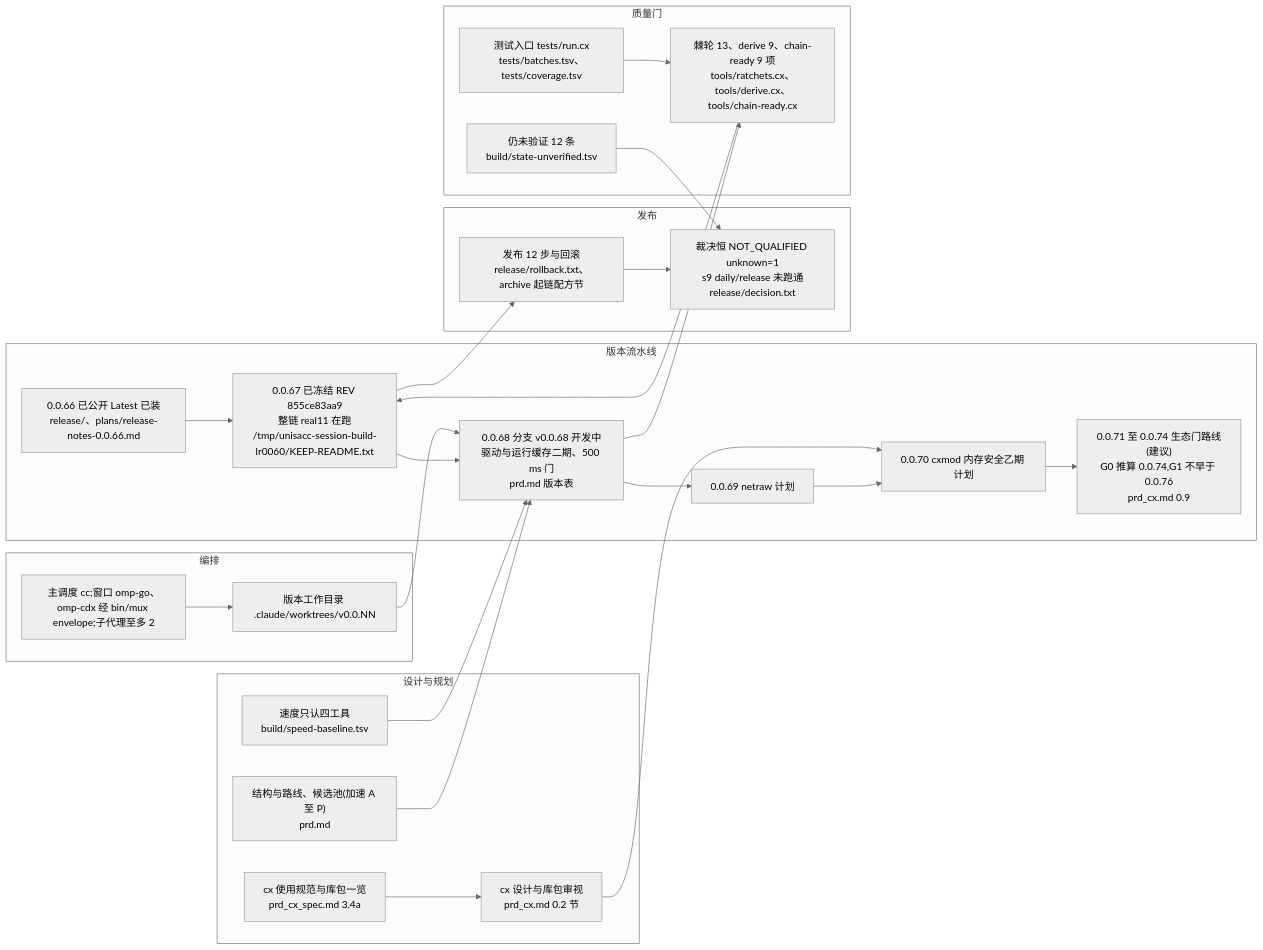
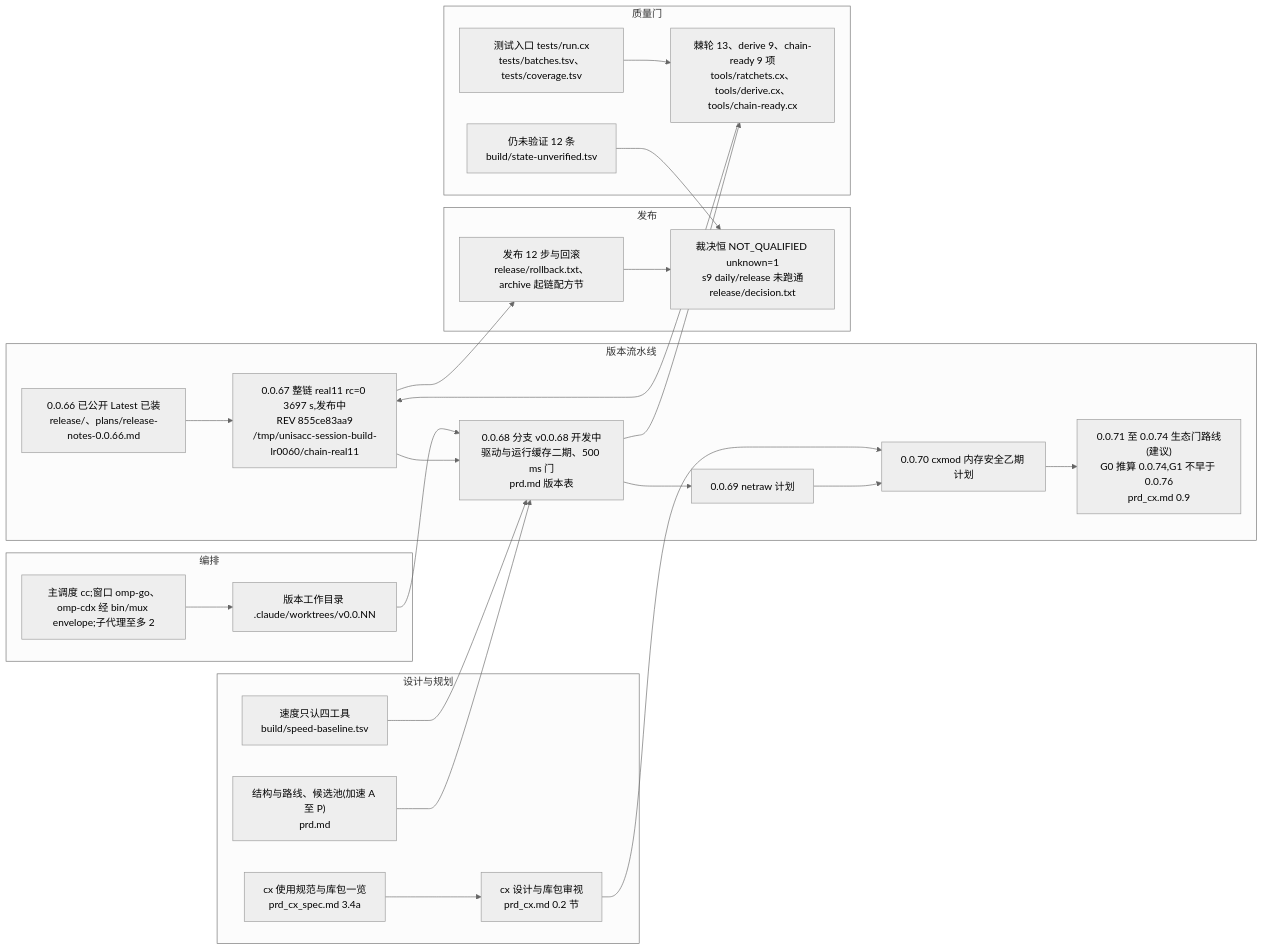
One commit to partnernetsoftware/unisacc changed the diagram in prd_mempalace.md. Above: the diagram before and after it, drawn with Mermaid (neutral theme).

Commit message:
记忆宫殿:0.0.67 整链 real11 完成节点

````diff
--- a/prd_mempalace.md
+++ b/prd_mempalace.md
@@ -15,41 +15,41 @@
 ```mermaid
 flowchart LR
   subgraph 版本流水线
     V66["0.0.66 已公开 Latest 已装<br/>release/、plans/release-notes-0.0.66.md"]
-    V67["0.0.67 已冻结 REV 855ce83aa9<br/>整链 real11 在跑<br/>/tmp/unisacc-session-build-lr0060/KEEP-README.txt"]
+    V67["0.0.67 整链 real11 rc=0 3697 s,发布中<br/>REV 855ce83aa9<br/>/tmp/unisacc-session-build-lr0060/chain-real11"]
     V68["0.0.68 分支 v0.0.68 开发中<br/>驱动与运行缓存二期、500 ms 门<br/>prd.md 版本表"]
     V69["0.0.69 netraw 计划"]
     V70["0.0.70 cxmod 内存安全乙期 计划"]
     ECO["0.0.71 至 0.0.74 生态门路线(建议)<br/>G0 推算 0.0.74,G1 不早于 0.0.76<br/>prd_cx.md 0.9"]
     V66 --> V67 --> V68 --> V69 --> V70 --> ECO
   end
   subgraph 发布
     REL["发布 12 步与回滚<br/>release/rollback.txt、archive 起链配方节"]
     Q["裁决恒 NOT_QUALIFIED unknown=1<br/>s9 daily/release 未跑通<br/>release/decision.txt"]
   end
   subgraph 质量门
     GATE["棘轮 13、derive 9、chain-ready 9 项<br/>tools/ratchets.cx、tools/derive.cx、tools/chain-ready.cx"]
     TEST["测试入口 tests/run.cx<br/>tests/batches.tsv、tests/coverage.tsv"]
     UV["仍未验证 12 条<br/>build/state-unverified.tsv"]
   end
   subgraph 设计与规划
     PRD["结构与路线、候选池(加速 A 至 P)<br/>prd.md"]
     CX["cx 设计与库包审视<br/>prd_cx.md 0.2 节"]
     SPEC["cx 使用规范与库包一览<br/>prd_cx_spec.md 3.4a"]
     SPEED["速度只认四工具<br/>build/speed-baseline.tsv"]
   end
   subgraph 编排
     ORCH["主调度 cc;窗口 omp-go、omp-cdx 经 bin/mux envelope;子代理至多 2"]
     WT["版本工作目录 .claude/worktrees/v0.0.NN"]
   end
   V67 --> REL --> Q
   V68 --> GATE
   GATE --> V67
   TEST --> GATE
   UV --> Q
   PRD --> V68
   CX --> V70
   SPEC --> CX
   SPEED --> V68
   ORCH --> WT --> V68
 ```
````
